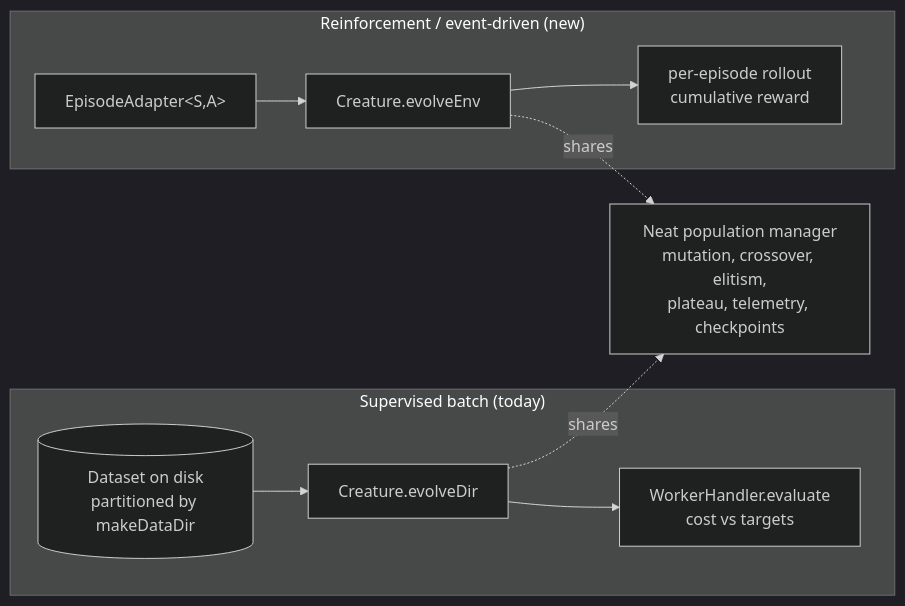
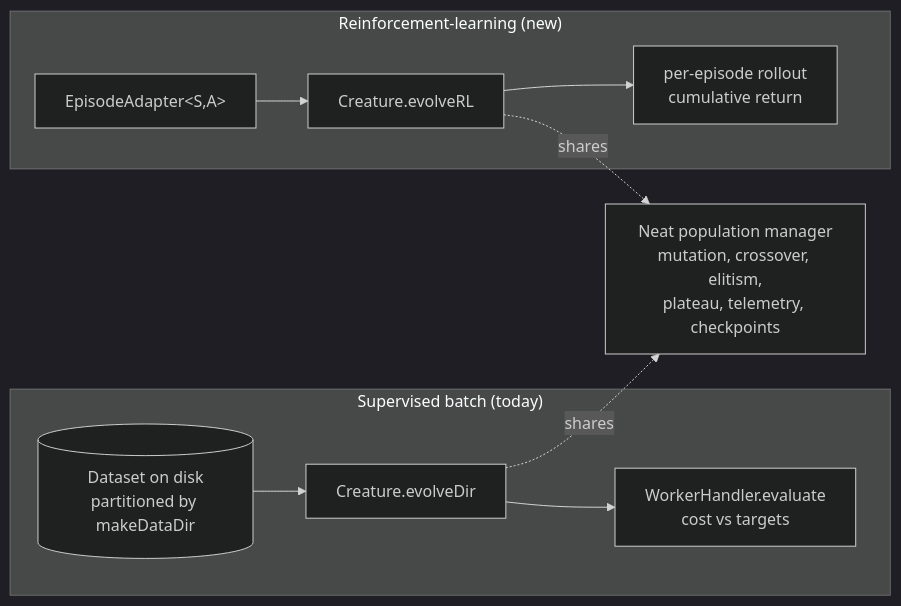
Before and after one commit to stSoftwareAU/NEAT-AI: the first of 4 diagrams in docs/event-driven-evolution.md, drawn with Mermaid (dark theme). The commit also changed other lines of this file and 3 other files, not shown here.

First line of the commit message:
docs: Rewrite event-driven-evolution.md for evolveRL design (#2625)

````diff
--- a/docs/event-driven-evolution.md
+++ b/docs/event-driven-evolution.md
@@ -55,13 +69,13 @@
 ```mermaid
 flowchart LR
     subgraph Supervised["Supervised batch (today)"]
       D[(Dataset on disk<br/>partitioned by makeDataDir)] --> E1[Creature.evolveDir]
       E1 --> S1[WorkerHandler.evaluate<br/>cost vs targets]
     end
-    subgraph EventDriven["Reinforcement / event-driven (new)"]
-      A[EpisodeAdapter&lt;S,A&gt;] --> E2[Creature.evolveEnv]
-      E2 --> S2[per-episode rollout<br/>cumulative reward]
+    subgraph RL["Reinforcement-learning (new)"]
+      A[EpisodeAdapter&lt;S,A&gt;] --> E2[Creature.evolveRL]
+      E2 --> S2[per-episode rollout<br/>cumulative return]
     end
     E1 -. shares .-> N["Neat population manager<br/>mutation, crossover, elitism,<br/>plateau, telemetry, checkpoints"]
     E2 -. shares .-> N
 ```
````
